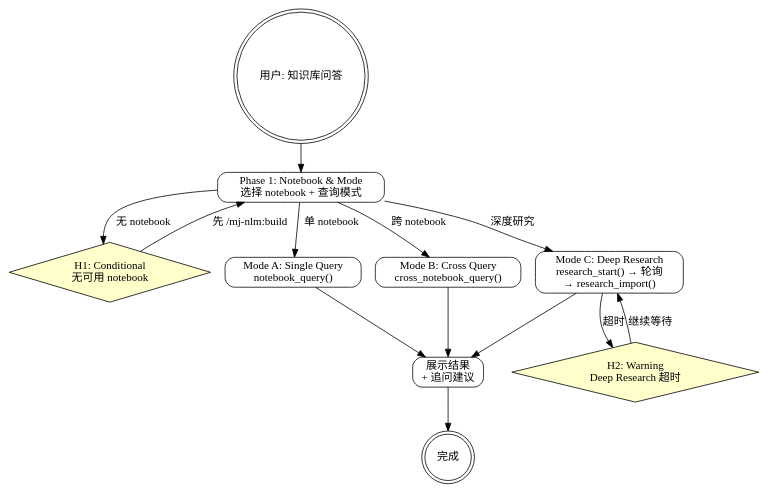
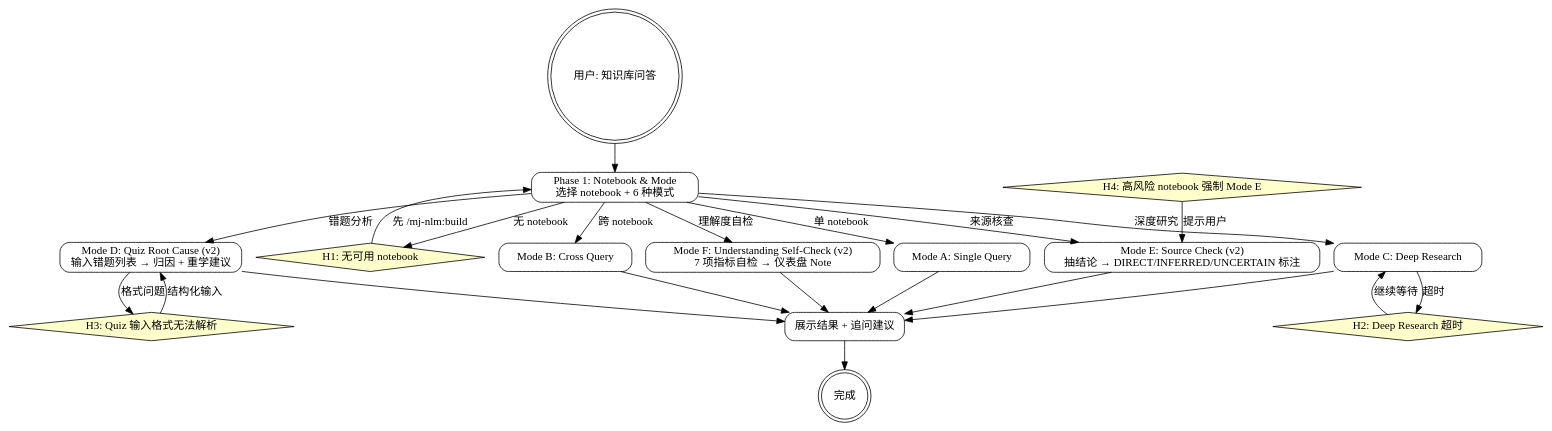
The diagram in plugins/mj-nlm/skills/mj-nlm-query/SKILL.md (ranzuozhou/my-marketplace), drawn with Graphviz before and after one commit. The commit also changed other lines of this file and 18 other files, not shown here.

````diff
--- a/plugins/mj-nlm/skills/mj-nlm-query/SKILL.md
+++ b/plugins/mj-nlm/skills/mj-nlm-query/SKILL.md
@@ -37,35 +57,55 @@
 ```dot
 digraph nlm_query {
     rankdir=TB;
     node [shape=box, style=rounded];
 
     start [label="用户: 知识库问答", shape=doublecircle];
 
-    P1 [label="Phase 1: Notebook & Mode\n选择 notebook + 查询模式"];
-    H1 [label="H1: Conditional\n无可用 notebook", shape=diamond, style=filled, fillcolor="#ffffcc"];
+    P1 [label="Phase 1: Notebook & Mode\n选择 notebook + 6 种模式"];
+    H1 [label="H1: 无可用 notebook", shape=diamond, style=filled, fillcolor="#ffffcc"];
 
-    single [label="Mode A: Single Query\nnotebook_query()"];
-    cross [label="Mode B: Cross Query\ncross_notebook_query()"];
-    deep [label="Mode C: Deep Research\nresearch_start() → 轮询\n→ research_import()"];
-    H2 [label="H2: Warning\nDeep Research 超时", shape=diamond, style=filled, fillcolor="#ffffcc"];
+    A [label="Mode A: Single Query"];
+    B [label="Mode B: Cross Query"];
+    C [label="Mode C: Deep Research"];
+    H2 [label="H2: Deep Research 超时", shape=diamond, style=filled, fillcolor="#ffffcc"];
 
-    result [label="展示结果\n+ 追问建议"];
+    D [label="Mode D: Quiz Root Cause (v2)\n输入错题列表 → 归因 + 重学建议"];
+    H3 [label="H3: Quiz 输入格式无法解析", shape=diamond, style=filled, fillcolor="#ffffcc"];
+
+    E [label="Mode E: Source Check (v2)\n抽结论 → DIRECT/INFERRED/UNCERTAIN 标注"];
+    H4 [label="H4: 高风险 notebook 强制 Mode E", shape=diamond, style=filled, fillcolor="#ffffcc"];
+
+    F [label="Mode F: Understanding Self-Check (v2)\n7 项指标自检 → 仪表盘 Note"];
+
+    result [label="展示结果 + 追问建议"];
     DONE [label="完成", shape=doublecircle];
 
     start -> P1;
     P1 -> H1 [label="无 notebook"];
     H1 -> P1 [label="先 /mj-nlm:build"];
 
-    P1 -> single [label="单 notebook"];
-    P1 -> cross [label="跨 notebook"];
-    P1 -> deep [label="深度研究"];
+    P1 -> A [label="单 notebook"];
+    P1 -> B [label="跨 notebook"];
+    P1 -> C [label="深度研究"];
+    P1 -> D [label="错题分析"];
+    P1 -> E [label="来源核查"];
+    P1 -> F [label="理解度自检"];
 
-    deep -> H2 [label="超时"];
-    H2 -> deep [label="继续等待"];
+    C -> H2 [label="超时"];
+    H2 -> C [label="继续等待"];
 
-    single -> result;
-    cross -> result;
-    deep -> result;
+    D -> H3 [label="格式问题"];
+    H3 -> D [label="结构化输入"];
+
+    A -> result;
+    B -> result;
+    C -> result;
+    D -> result;
+    E -> result;
+    F -> result;
+
+    H4 -> E [label="提示用户"];
+
     result -> DONE;
 }
 ```
````
